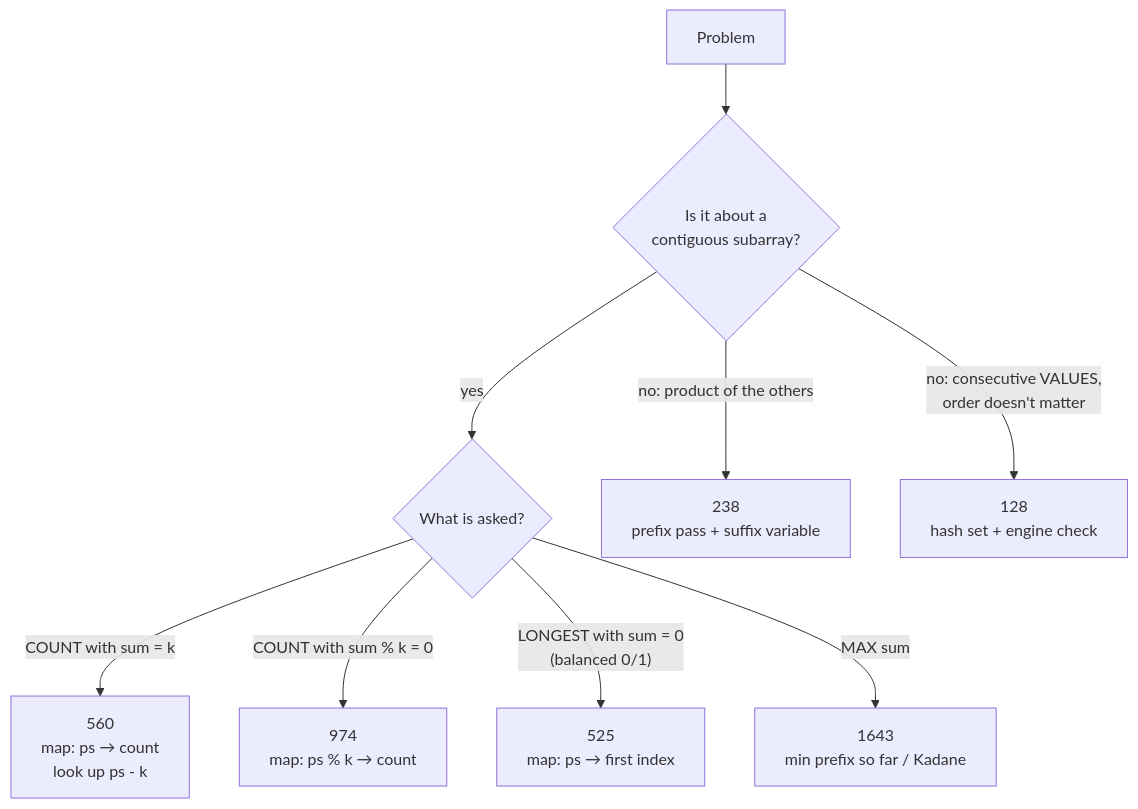
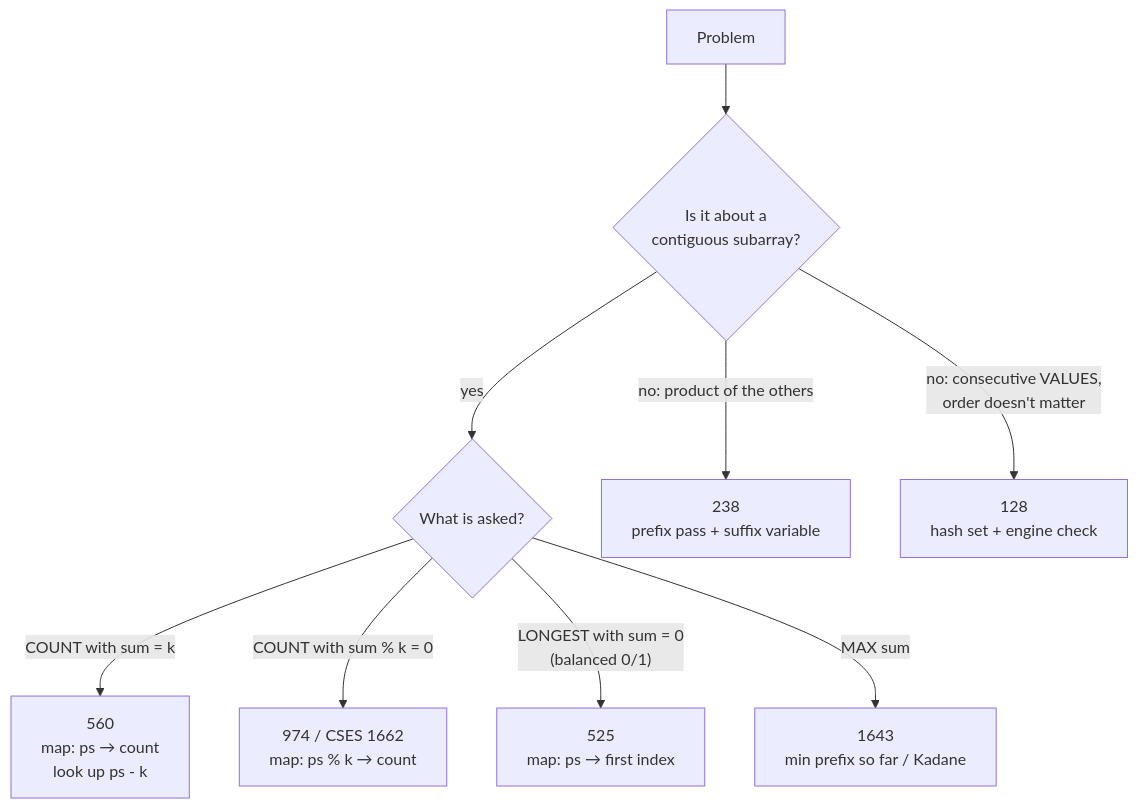
The third of 3 diagrams in PREP/DAY1/Day1_PrefixSum_Hashing_Notes.md (raghav9780/CPP), drawn with Mermaid before and after one commit. The commit also changed other lines of this file and 13 other files, not shown here.

````diff
--- a/PREP/DAY1/Day1_PrefixSum_Hashing_Notes.md
+++ b/PREP/DAY1/Day1_PrefixSum_Hashing_Notes.md
@@ -828,11 +944,11 @@
 ```mermaid
 flowchart TD
     A["Problem"] --> B{"Is it about a<br/>contiguous subarray?"}
     B -->|yes| C{"What is asked?"}
     C -->|"COUNT with sum = k"| P560["560<br/>map: ps → count<br/>look up ps - k"]
-    C -->|"COUNT with sum % k = 0"| P974["974<br/>map: ps % k → count"]
+    C -->|"COUNT with sum % k = 0"| P974["974 / CSES 1662<br/>map: ps % k → count"]
     C -->|"LONGEST with sum = 0<br/>(balanced 0/1)"| P525["525<br/>map: ps → first index"]
     C -->|"MAX sum"| P1643["1643<br/>min prefix so far / Kadane"]
     B -->|"no: product of the others"| P238["238<br/>prefix pass + suffix variable"]
     B -->|"no: consecutive VALUES,<br/>order doesn't matter"| P128["128<br/>hash set + engine check"]
 ```
````
